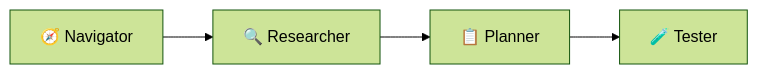
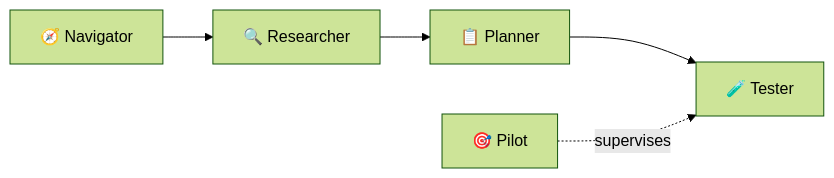
The diagram in README.md (testomatio/explorbot), drawn with Mermaid (forest theme) before and after one commit. The commit also changed other lines of this file and 2 other files, not shown here.

Commit message:
updated docs for pilot

````diff
--- a/README.md
+++ b/README.md
@@ -114,4 +114,5 @@
 ```mermaid
 flowchart LR
     N[🧭 Navigator] --> R[🔍 Researcher] --> P[📋 Planner] --> T[🧪 Tester]
+    Pi[🎯 Pilot] -.->|supervises| T
 ```
````
